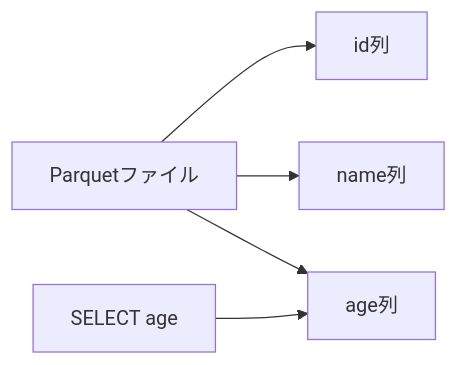
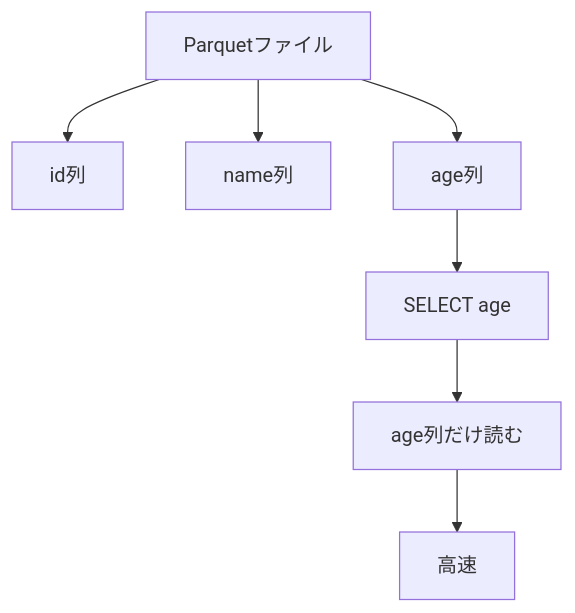
Before and after one commit to hayashihiroki-paya/dp900-learning: the sixth of 10 diagrams in AvroとPerquet.md, drawn with Mermaid. The commit also changed other lines of this file, not shown here.

````diff
--- a/AvroとPerquet.md
+++ b/AvroとPerquet.md
@@ -270,13 +354,23 @@
 ```mermaid
-flowchart LR
+flowchart TD
 
 A[Parquetファイル]
 
-A --> B[id列]
-A --> C[name列]
-A --> D[age列]
+A
+--> B[id列]
 
-E[SELECT age]
+A
+--> C[name列]
 
-E --> D
+A
+--> D[age列]
+
+D
+--> E[SELECT age]
+
+E
+--> F[age列だけ読む]
+
+F
+--> G[高速]
 ```
````
